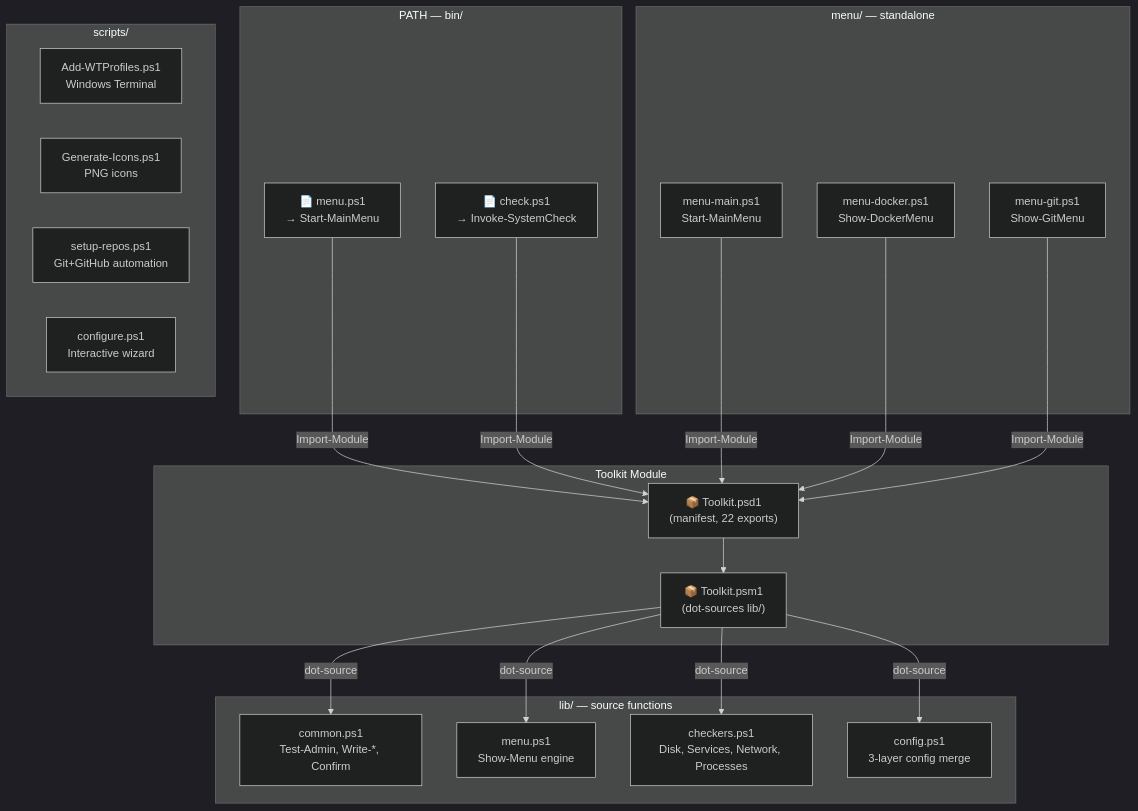
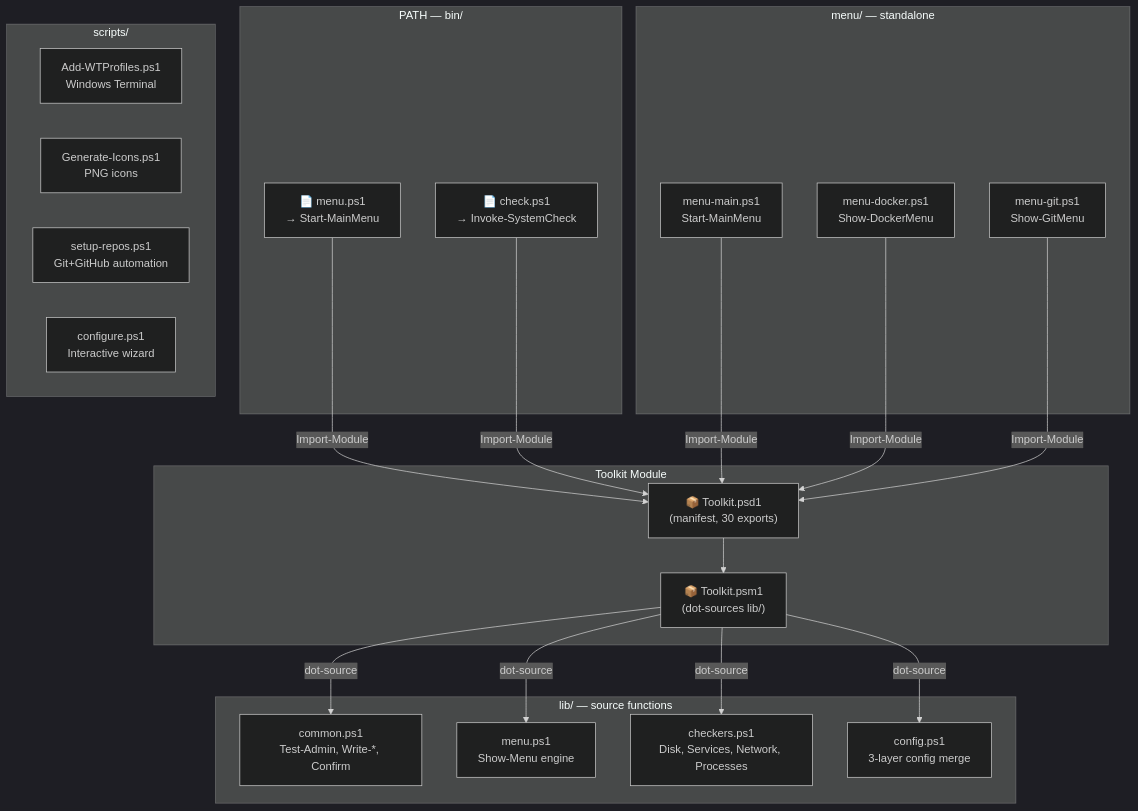
Before and after one commit to martinpaprcka77/dotfiles-tools: the first of 2 diagrams in README.md, drawn with Mermaid (dark theme). The commit also changed other lines of this file and 3 other files, not shown here.

````diff
--- a/README.md
+++ b/README.md
@@ -42,43 +42,43 @@
 ```mermaid
 graph TB
     subgraph "PATH — bin/"
         MENU["📄 menu.ps1<br/>→ Start-MainMenu"]
         CHECK["📄 check.ps1<br/>→ Invoke-SystemCheck"]
     end
 
     subgraph "Toolkit Module"
-        PSD1["📦 Toolkit.psd1<br/>(manifest, 22 exports)"]
+        PSD1["📦 Toolkit.psd1<br/>(manifest, 30 exports)"]
         PSM1["📦 Toolkit.psm1<br/>(dot-sources lib/)"]
     end
 
     subgraph "lib/ — source functions"
         COMMON["common.ps1<br/>Test-Admin, Write-*, Confirm"]
         MENU_LIB["menu.ps1<br/>Show-Menu engine"]
         CHECKERS["checkers.ps1<br/>Disk, Services, Network, Processes"]
         CONFIG["config.ps1<br/>3-layer config merge"]
     end
 
     subgraph "menu/ — standalone"
         MAIN["menu-main.ps1<br/>Start-MainMenu"]
         DOCKER["menu-docker.ps1<br/>Show-DockerMenu"]
         GIT_M["menu-git.ps1<br/>Show-GitMenu"]
     end
 
     subgraph "scripts/"
         WT["Add-WTProfiles.ps1<br/>Windows Terminal"]
         ICONS["Generate-Icons.ps1<br/>PNG icons"]
         SETUP["setup-repos.ps1<br/>Git+GitHub automation"]
         CFG["configure.ps1<br/>Interactive wizard"]
     end
 
     MENU -->|"Import-Module"| PSD1
     CHECK -->|"Import-Module"| PSD1
     PSD1 --> PSM1
     PSM1 -->|"dot-source"| COMMON
     PSM1 -->|"dot-source"| MENU_LIB
     PSM1 -->|"dot-source"| CHECKERS
     PSM1 -->|"dot-source"| CONFIG
     MAIN -->|"Import-Module"| PSD1
     DOCKER -->|"Import-Module"| PSD1
     GIT_M -->|"Import-Module"| PSD1
 ```
````
